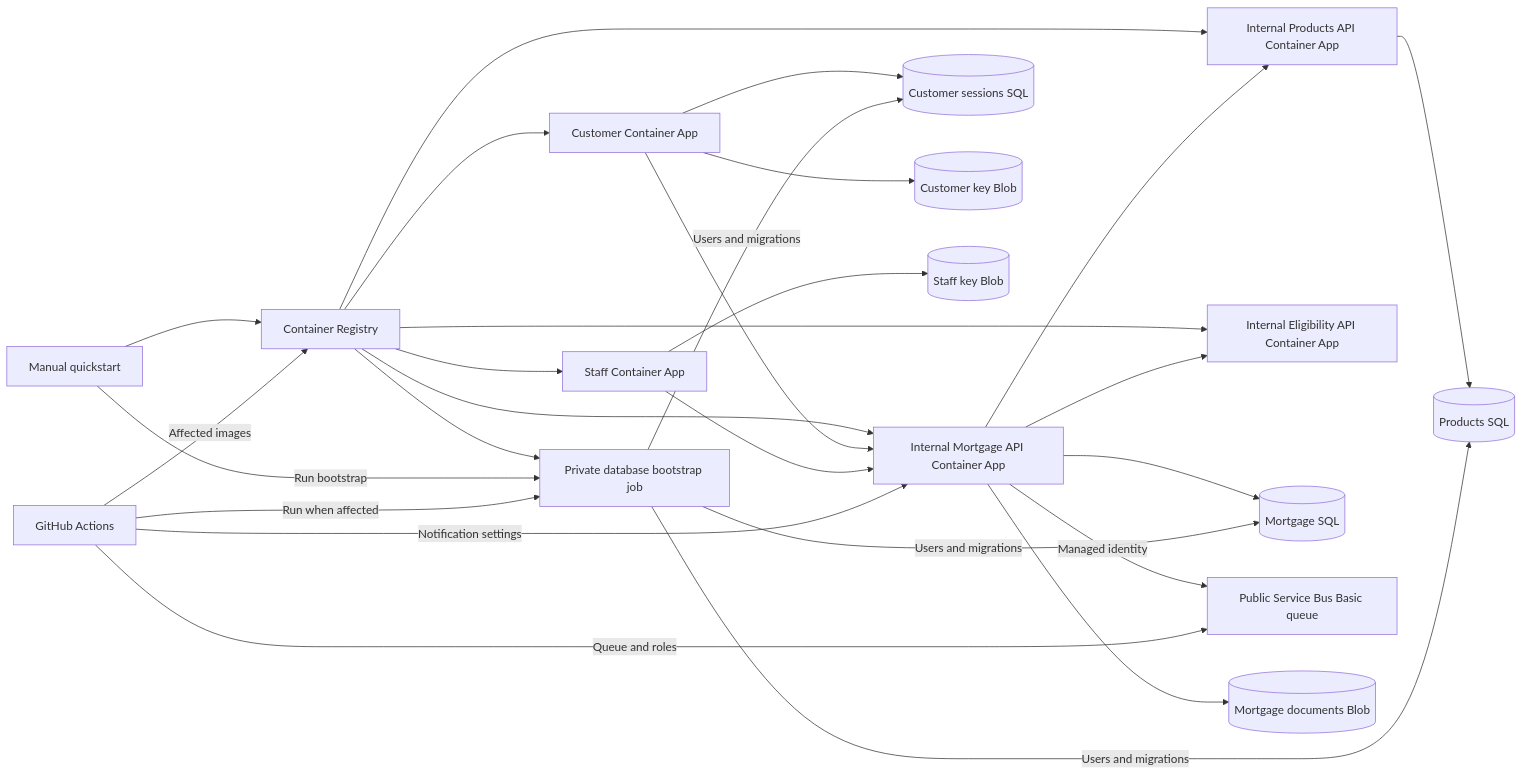
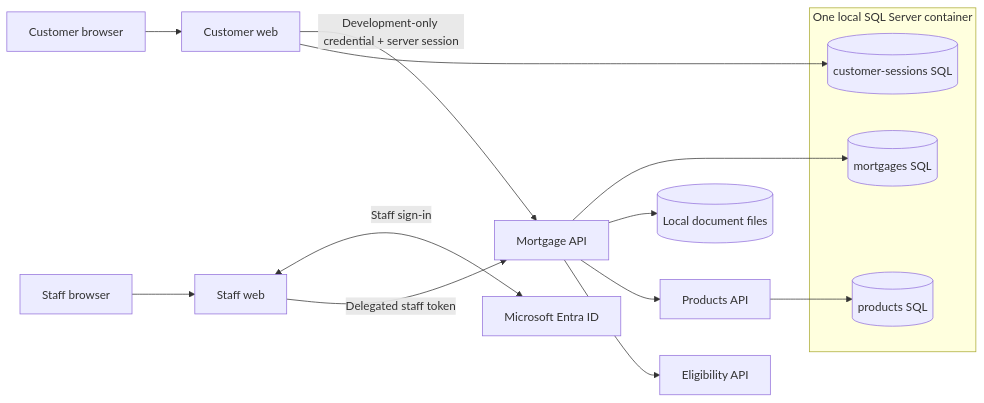
Before and after one commit to eyeballpaul/Mortgage-Processing-Application: the second of 4 diagrams in docs/architecture.md, drawn with Mermaid. The commit also changed other lines of this file and 9 other files, not shown here.

````diff
--- a/docs/architecture.md
+++ b/docs/architecture.md
@@ -58,29 +53,19 @@
 ```mermaid
 flowchart LR
-    Quickstart[Manual quickstart] --> Registry[Container Registry]
-    Pipeline[GitHub Actions] -->|Affected images| Registry
-    Registry --> Customer[Customer Container App]
-    Registry --> Staff[Staff Container App]
-    Registry --> API[Internal Mortgage API Container App]
-    Registry --> Products[Internal Products API Container App]
-    Registry --> Eligibility[Internal Eligibility API Container App]
-    Customer --> Sessions[(Customer sessions SQL)]
-    Customer --> API
-    Staff --> API
-    API --> Mortgage[(Mortgage SQL)]
-    API -->|Managed identity| Bus[Public Service Bus Basic queue]
-    Pipeline -->|Queue and roles| Bus
-    Pipeline -->|Notification settings| API
-    API --> Documents[(Mortgage documents Blob)]
-    API --> Products
-    API --> Eligibility
-    Products --> ProductDb[(Products SQL)]
-    Customer --> CustomerKeys[(Customer key Blob)]
-    Staff --> StaffKeys[(Staff key Blob)]
-    Registry --> Bootstrap[Private database bootstrap job]
-    Quickstart -->|Run bootstrap| Bootstrap
-    Pipeline -->|Run when affected| Bootstrap
-    Bootstrap -->|Users and migrations| Mortgage
-    Bootstrap -->|Users and migrations| Sessions
-    Bootstrap -->|Users and migrations| ProductDb
+    subgraph Docker["One local SQL Server container"]
+        Sessions[(customer-sessions SQL)]
+        Mortgage[(mortgages SQL)]
+        ProductDb[(products SQL)]
+    end
+    Browser[Customer browser] --> Customer[Customer web]
+    StaffBrowser[Staff browser] --> Staff[Staff web]
+    Staff <-->|Staff sign-in| Entra[Microsoft Entra ID]
+    Customer -->|Development-only credential + server session| API[Mortgage API]
+    Staff -->|Delegated staff token| API
+    Customer --> Sessions
+    API --> Mortgage
+    API --> Documents[(Local document files)]
+    API --> Products[Products API]
+    API --> Eligibility[Eligibility API]
+    Products --> ProductDb
 ```
````
